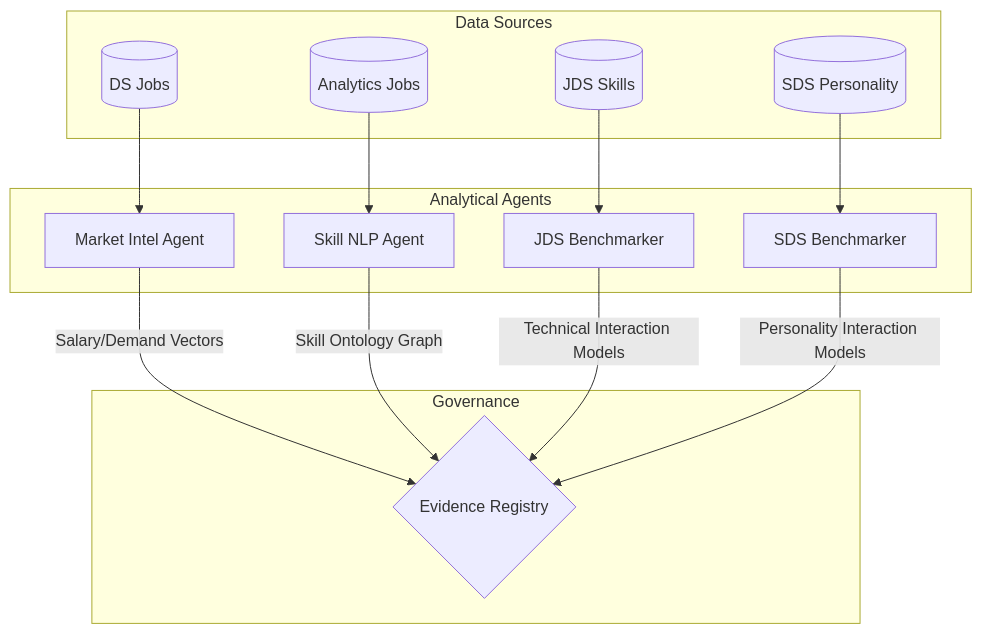
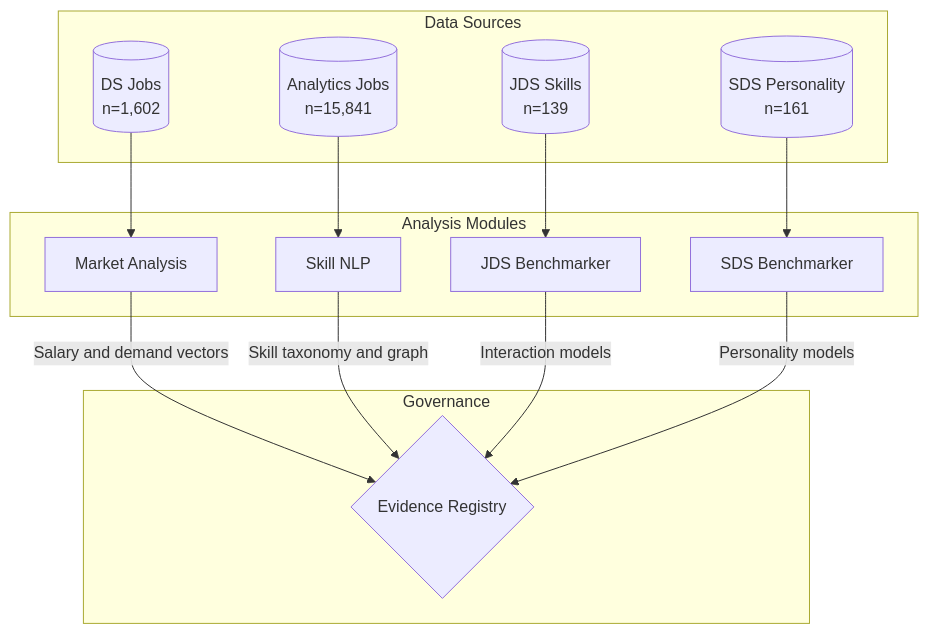
The first of 2 diagrams in README.md (17prabhanshu/ctrl-shift-n-winpeat), drawn with Mermaid before and after one commit. The commit also changed other lines of this file, not shown here.

````diff
--- a/README.md
+++ b/README.md
@@ -36,33 +30,30 @@
 ```mermaid
 graph TD
-    subgraph Data Sources
-        D1[(Analytics Jobs)]
-        D2[(DS Jobs)]
-        D3[(JDS Skills)]
-        D4[(SDS Personality)]
+    subgraph sources [Data Sources]
+        D1[(Analytics Jobs<br/>n=15,841)]
+        D2[(DS Jobs<br/>n=1,602)]
+        D3[(JDS Skills<br/>n=139)]
+        D4[(SDS Personality<br/>n=161)]
     end
 
-    subgraph Analytical Agents
-        A1[Market Intel Agent]
-        A2[Skill NLP Agent]
+    subgraph lanes [Analysis Modules]
+        A1[Market Analysis]
+        A2[Skill NLP]
         A3[JDS Benchmarker]
         A4[SDS Benchmarker]
     end
 
-    subgraph Governance
+    subgraph governance [Governance]
         ER{Evidence Registry}
-
     end
 
     D1 --> A2
     D2 --> A1
     D3 --> A3
     D4 --> A4
 
-    A1 -->|Salary/Demand Vectors| ER
-    A2 -->|Skill Ontology Graph| ER
-    A3 -->|Technical Interaction Models| ER
-    A4 -->|Personality Interaction Models| ER
-
-
+    A1 -->|Salary and demand vectors| ER
+    A2 -->|Skill taxonomy and graph| ER
+    A3 -->|Interaction models| ER
+    A4 -->|Personality models| ER
 ```
````
